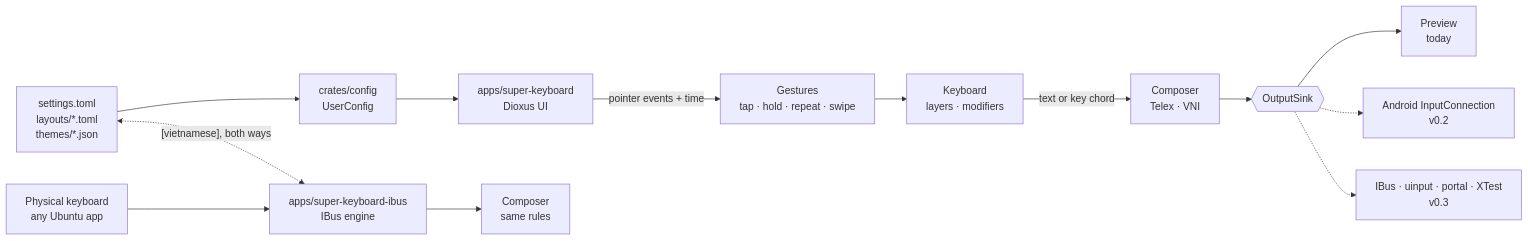
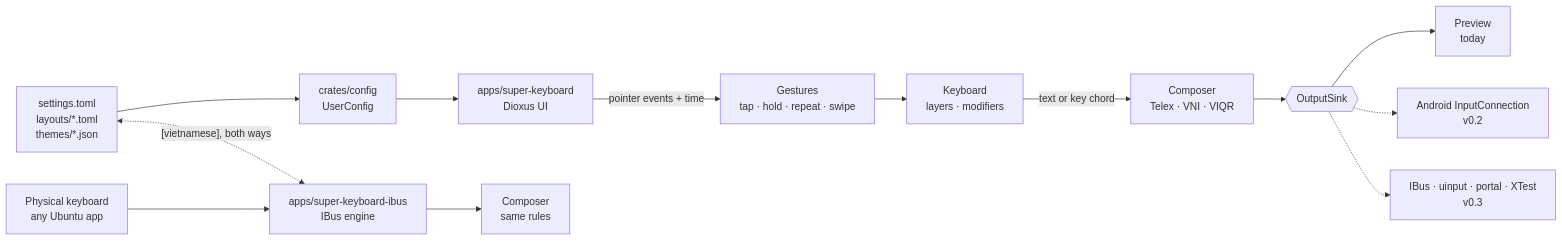
One commit to khanguyenseltec/super-keyboard changed the diagram in README.md. Above: the diagram before and after it, drawn with Mermaid. The commit also changed other lines of this file and 5 other files, not shown here.

````diff
--- a/README.md
+++ b/README.md
@@ -373,15 +373,15 @@
 ```mermaid
 flowchart LR
     files["settings.toml<br/>layouts/*.toml<br/>themes/*.json"] --> config["crates/config<br/>UserConfig"]
     config --> app["apps/super-keyboard<br/>Dioxus UI"]
     app -- "pointer events + time" --> gestures["Gestures<br/>tap · hold · repeat · swipe"]
     gestures --> keyboard["Keyboard<br/>layers · modifiers"]
-    keyboard -- "text or key chord" --> composer["Composer<br/>Telex · VNI"]
+    keyboard -- "text or key chord" --> composer["Composer<br/>Telex · VNI · VIQR"]
     composer --> sink{{"OutputSink"}}
     sink --> preview["Preview<br/>today"]
     sink -.-> android["Android InputConnection<br/>v0.2"]
     sink -.-> linux["IBus · uinput · portal · XTest<br/>v0.3"]
     physical["Physical keyboard<br/>any Ubuntu app"] --> ibus["apps/super-keyboard-ibus<br/>IBus engine"]
     ibus --> composer2["Composer<br/>same rules"]
     files <-. "[vietnamese], both ways" .-> ibus
 ```
````
